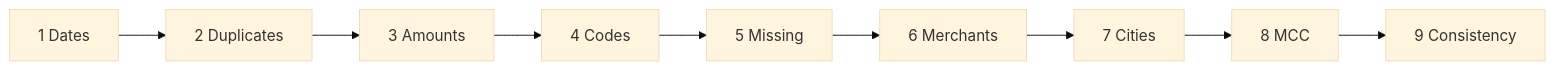
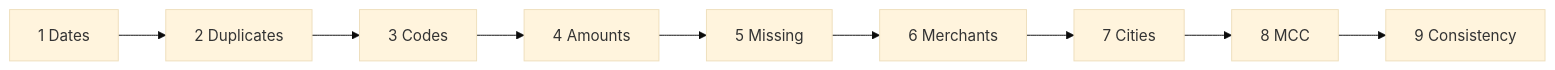
The first of 3 diagrams in ARCHITECTURE.md (jam-makh/clean_data_task), drawn with Mermaid (base theme) before and after one commit. The commit also changed other lines of this file and 15 other files, not shown here.

````diff
--- a/ARCHITECTURE.md
+++ b/ARCHITECTURE.md
@@ -57,6 +60,6 @@
 ```mermaid
 flowchart LR
-    D[1 Dates] --> U[2 Duplicates] --> A[3 Amounts] --> C[4 Codes]
-    C --> M[5 Missing] --> ME[6 Merchants] --> CI[7 Cities]
+    D[1 Dates] --> U[2 Duplicates] --> C[3 Codes] --> A[4 Amounts]
+    A --> M[5 Missing] --> ME[6 Merchants] --> CI[7 Cities]
     CI --> MC[8 MCC] --> CO[9 Consistency]
 ```
````
